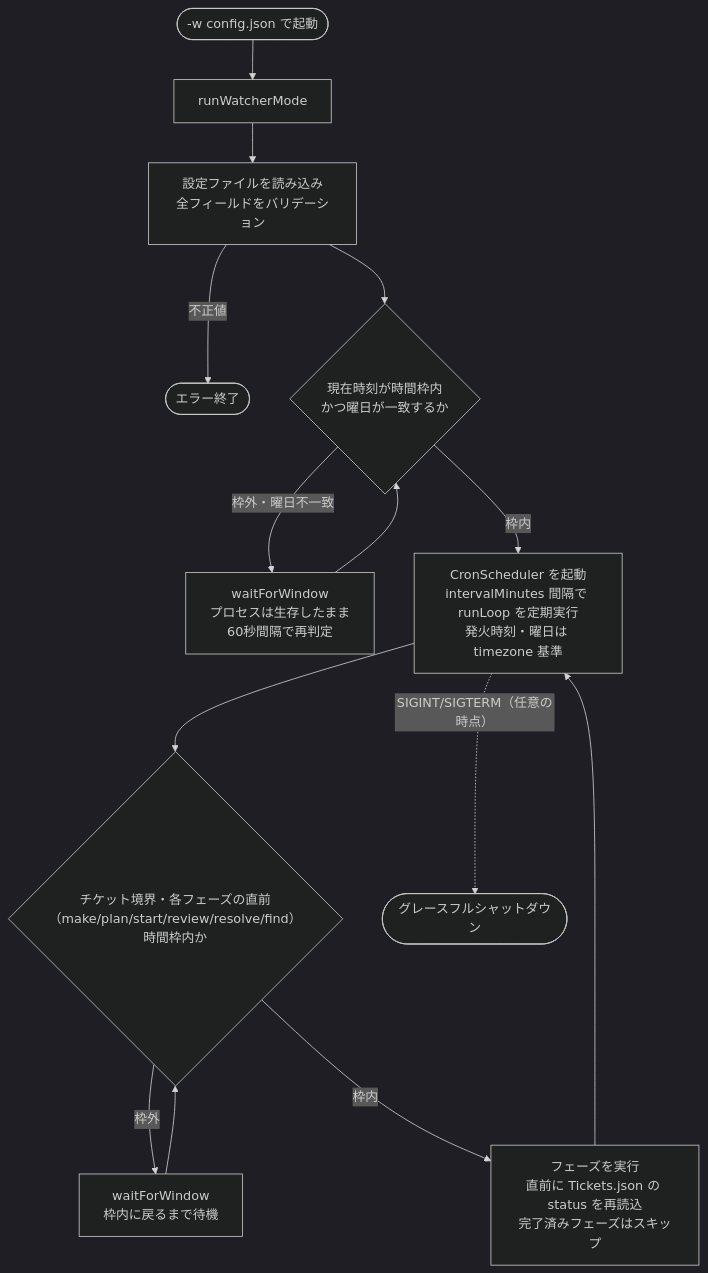
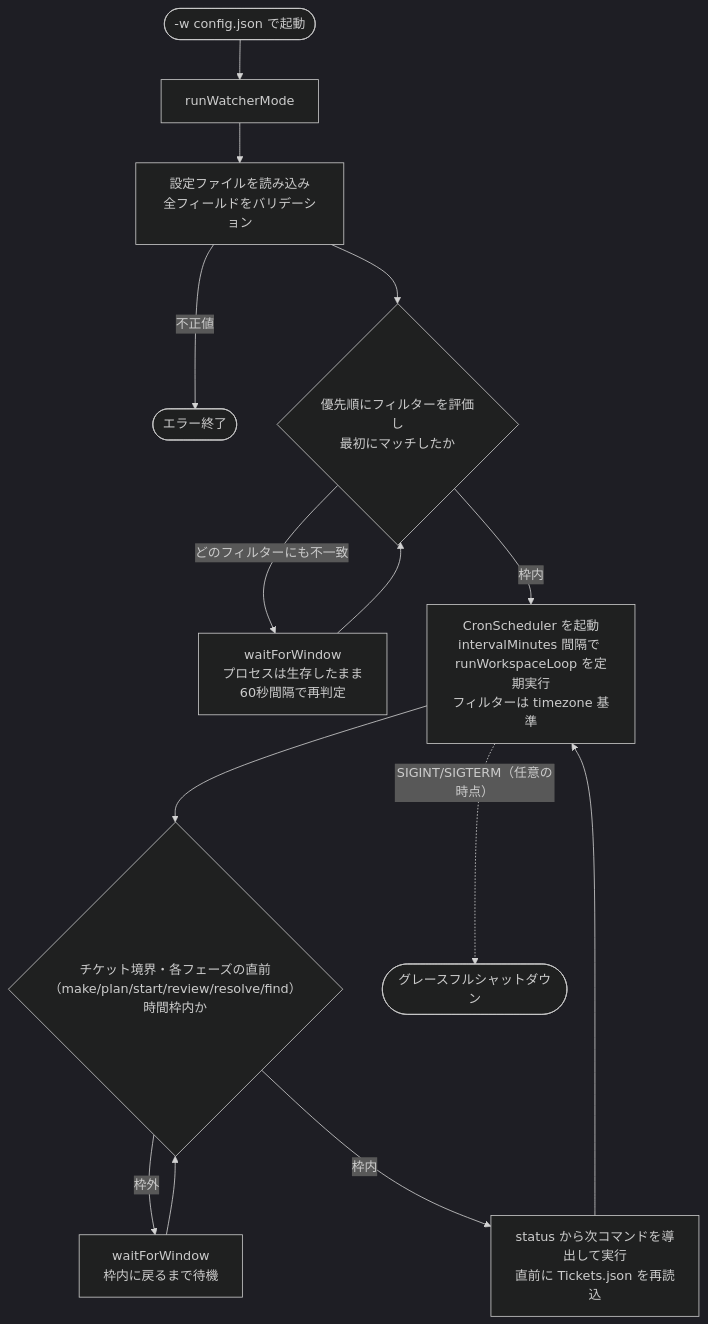
One commit to t-kawata/zasso changed the fourth of 6 diagrams in tools/conver/README.md. Above: the diagram before and after it, drawn with Mermaid (dark theme). The commit also changed other lines of this file and 54 other files, not shown here.

````diff
--- a/tools/conver/README.md
+++ b/tools/conver/README.md
@@ -614,16 +655,16 @@
 ```mermaid
 flowchart TD
     START(["-w config.json で起動"]) --> WATCH["runWatcherMode"]
     WATCH --> VALIDATE["設定ファイルを読み込み<br/>全フィールドをバリデーション"]
     VALIDATE -->|不正値| ERROR(["エラー終了"])
-    VALIDATE --> WINDOW{"現在時刻が時間枠内<br/>かつ曜日が一致するか"}
-    WINDOW -->|枠外・曜日不一致| WAIT["waitForWindow<br/>プロセスは生存したまま<br/>60秒間隔で再判定"]
+    VALIDATE --> WINDOW{"優先順にフィルターを評価し<br/>最初にマッチしたか"}
+    WINDOW -->|どのフィルターにも不一致| WAIT["waitForWindow<br/>プロセスは生存したまま<br/>60秒間隔で再判定"]
     WAIT --> WINDOW
-    WINDOW -->|枠内| CRON["CronScheduler を起動<br/>intervalMinutes 間隔で runLoop を定期実行<br/>発火時刻・曜日は timezone 基準"]
+    WINDOW -->|枠内| CRON["CronScheduler を起動<br/>intervalMinutes 間隔で runWorkspaceLoop を定期実行<br/>フィルターは timezone 基準"]
     CRON --> CHECK{"チケット境界・各フェーズの直前<br/>（make/plan/start/review/resolve/find）<br/>時間枠内か"}
     CHECK -->|枠外| WAIT_PHASE["waitForWindow<br/>枠内に戻るまで待機"]
     WAIT_PHASE --> CHECK
-    CHECK -->|枠内| RUN["フェーズを実行<br/>直前に Tickets.json の status を再読込<br/>完了済みフェーズはスキップ"]
+    CHECK -->|枠内| RUN["status から次コマンドを導出して実行<br/>直前に Tickets.json を再読込"]
     RUN --> CRON
     CRON -.->|SIGINT/SIGTERM（任意の時点）| STOP(["グレースフルシャットダウン"])
 ```
````
